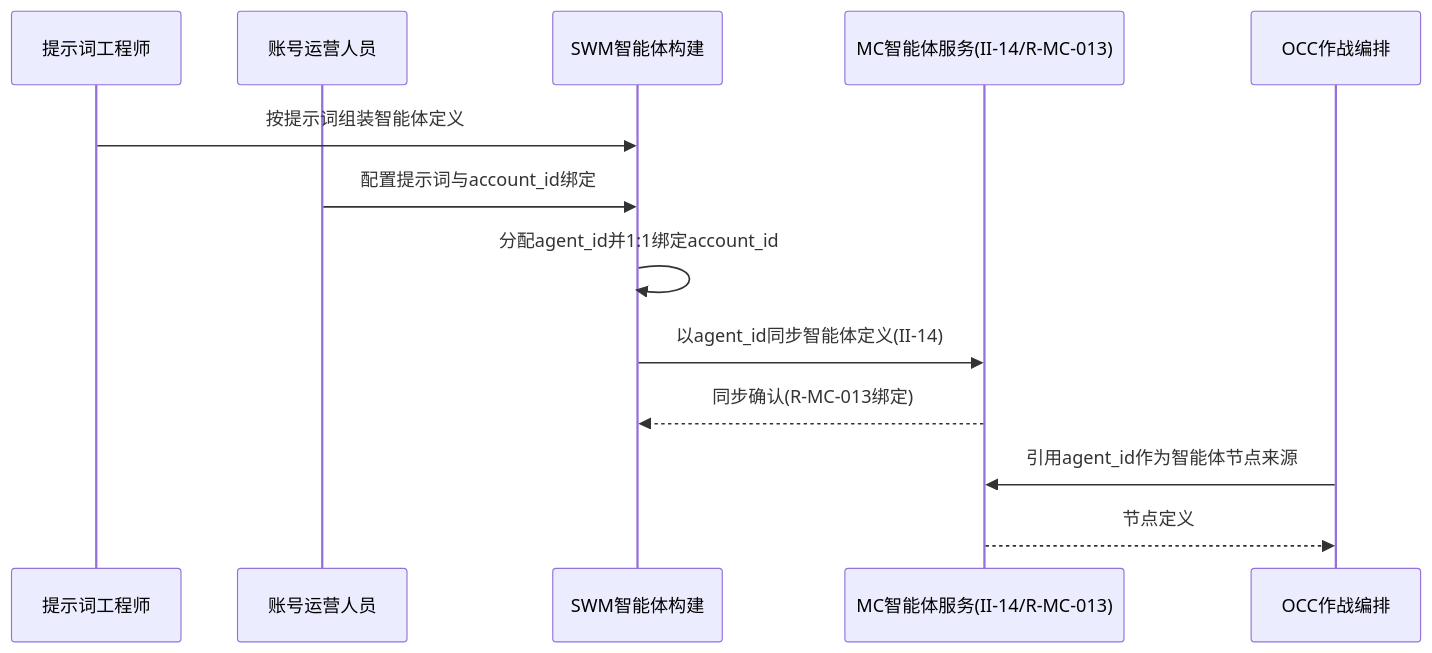
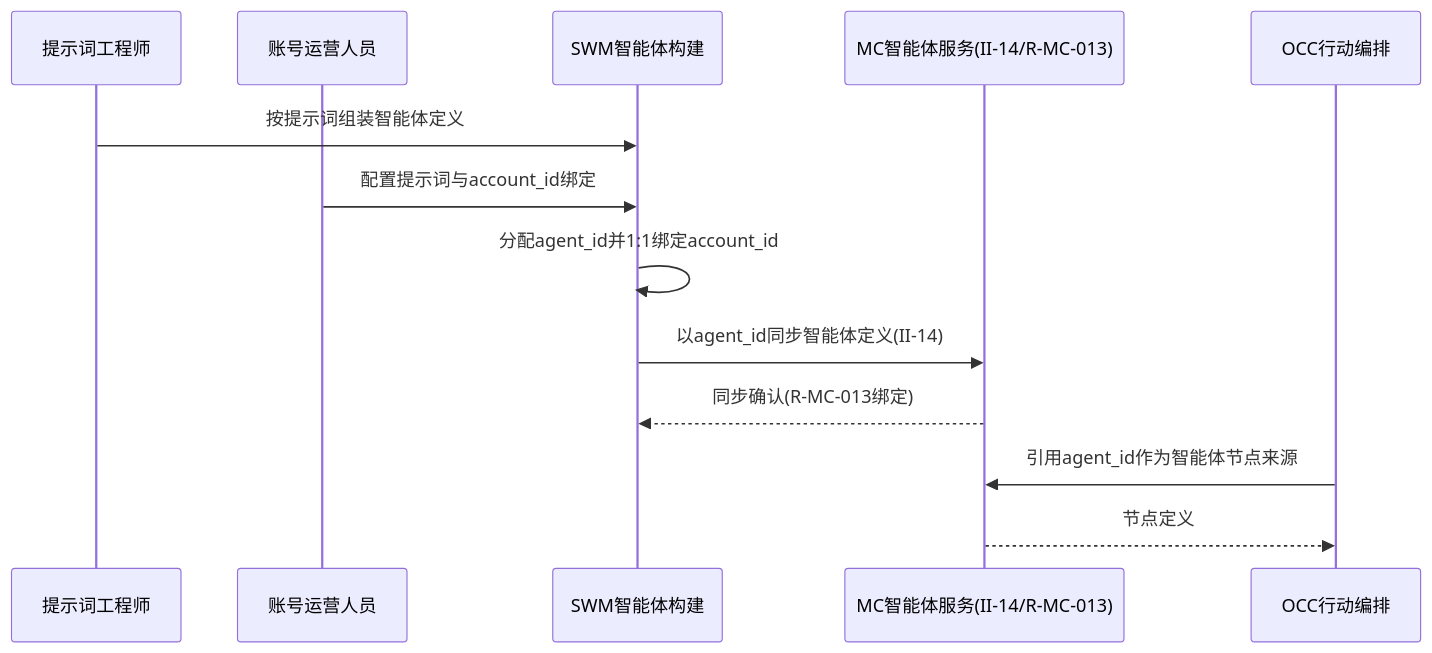
Before and after one commit to Sj-g/obsidian: the sixth of 10 diagrams in 公司项目/认知作战/文档/SRS/软件需求规格说明-SWM子系统.md, drawn with Mermaid. The commit also changed other lines of this file and 13 other files, not shown here.

````diff
--- a/公司项目/认知作战/文档/SRS/软件需求规格说明-SWM子系统.md
+++ b/公司项目/认知作战/文档/SRS/软件需求规格说明-SWM子系统.md
@@ -298,15 +298,15 @@
 ```mermaid
 sequenceDiagram
   participant 工程师 as 提示词工程师
   participant 运营 as 账号运营人员
   participant SWM as SWM智能体构建
   participant MC as MC智能体服务(II-14/R-MC-013)
-  participant OCC as OCC作战编排
+  participant OCC as OCC行动编排
   工程师->>SWM: 按提示词组装智能体定义
   运营->>SWM: 配置提示词与account_id绑定
   SWM->>SWM: 分配agent_id并1:1绑定account_id
   SWM->>MC: 以agent_id同步智能体定义(II-14)
   MC-->>SWM: 同步确认(R-MC-013绑定)
   OCC->>MC: 引用agent_id作为智能体节点来源
   MC-->>OCC: 节点定义
 ```
````
